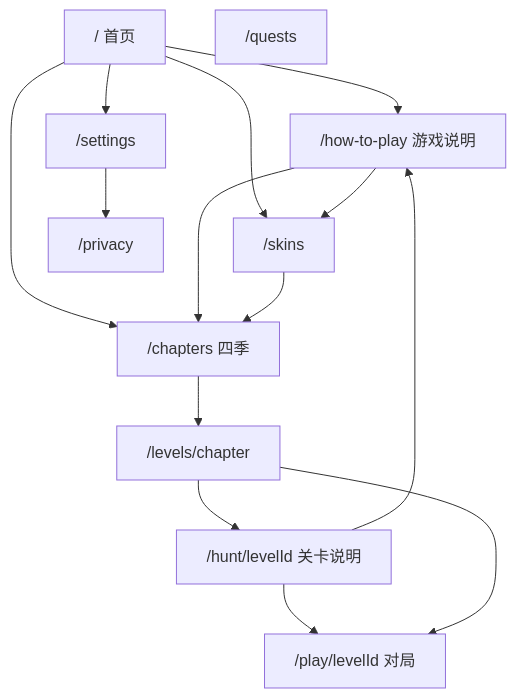
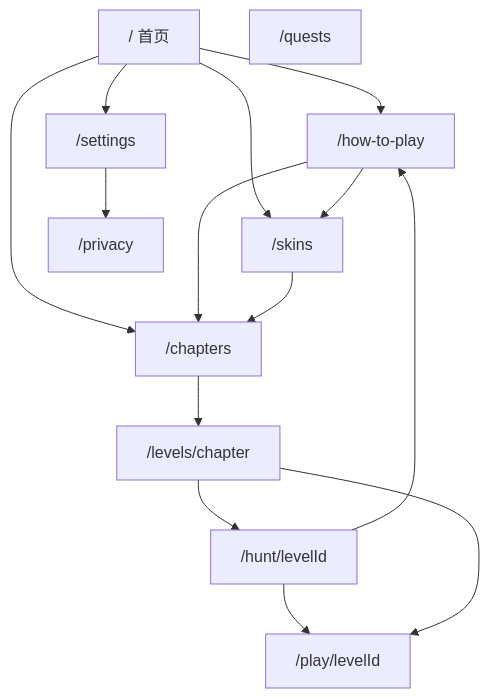
Before and after one commit to FansUnion/3pk15: the diagram in docs/技术设计/06-页面地图与SEO-GEO.md, drawn with Mermaid. The commit also changed other lines of this file and 41 other files, not shown here.

````diff
--- a/docs/技术设计/06-页面地图与SEO-GEO.md
+++ b/docs/技术设计/06-页面地图与SEO-GEO.md
@@ -24,25 +25,25 @@
 ```mermaid
 flowchart TB
   home["/ 首页"]
-  how["/how-to-play 游戏说明"]
-  chapters["/chapters 四季"]
+  how["/how-to-play"]
+  chapters["/chapters"]
   levelList["/levels/chapter"]
-  hunt["/hunt/levelId 关卡说明"]
-  play["/play/levelId 对局"]
+  hunt["/hunt/levelId"]
+  play["/play/levelId"]
   skins["/skins"]
   quests["/quests"]
   settings["/settings"]
   privacy["/privacy"]
   home --> how
   home --> chapters
   how --> chapters
   chapters --> levelList
   levelList --> hunt
   hunt --> play
   hunt --> how
   levelList --> play
   home --> skins
   how --> skins
   skins --> chapters
   home --> settings --> privacy
 ```
````
